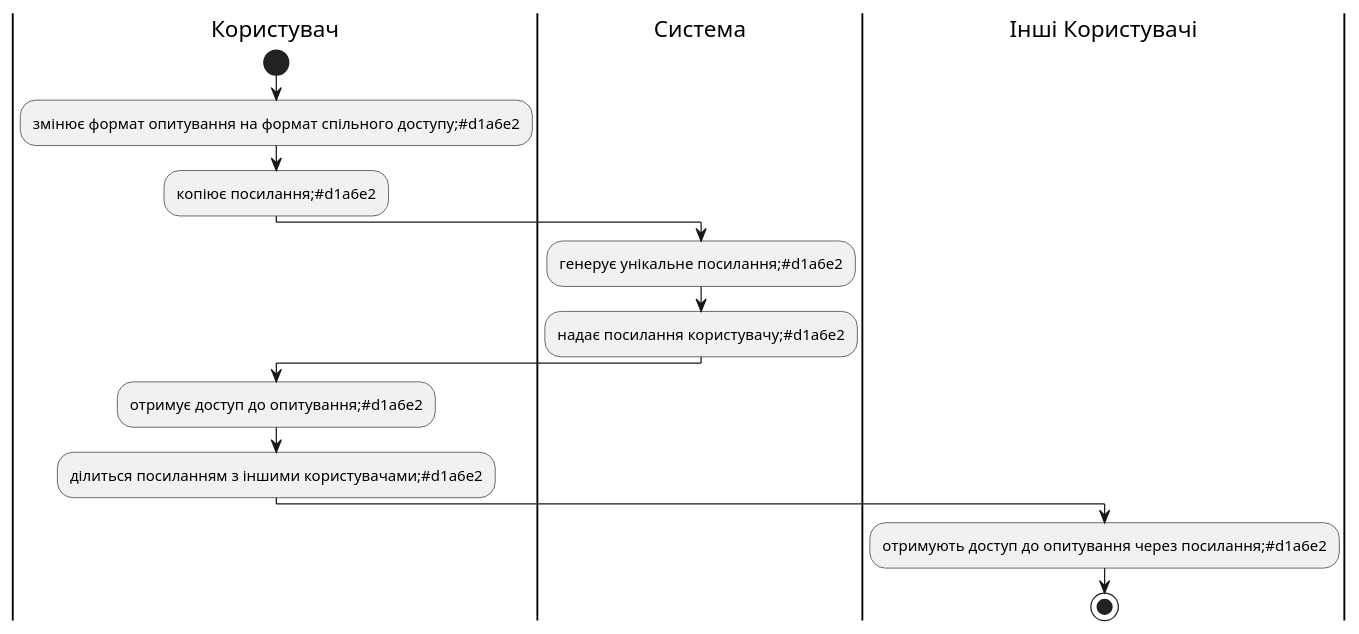
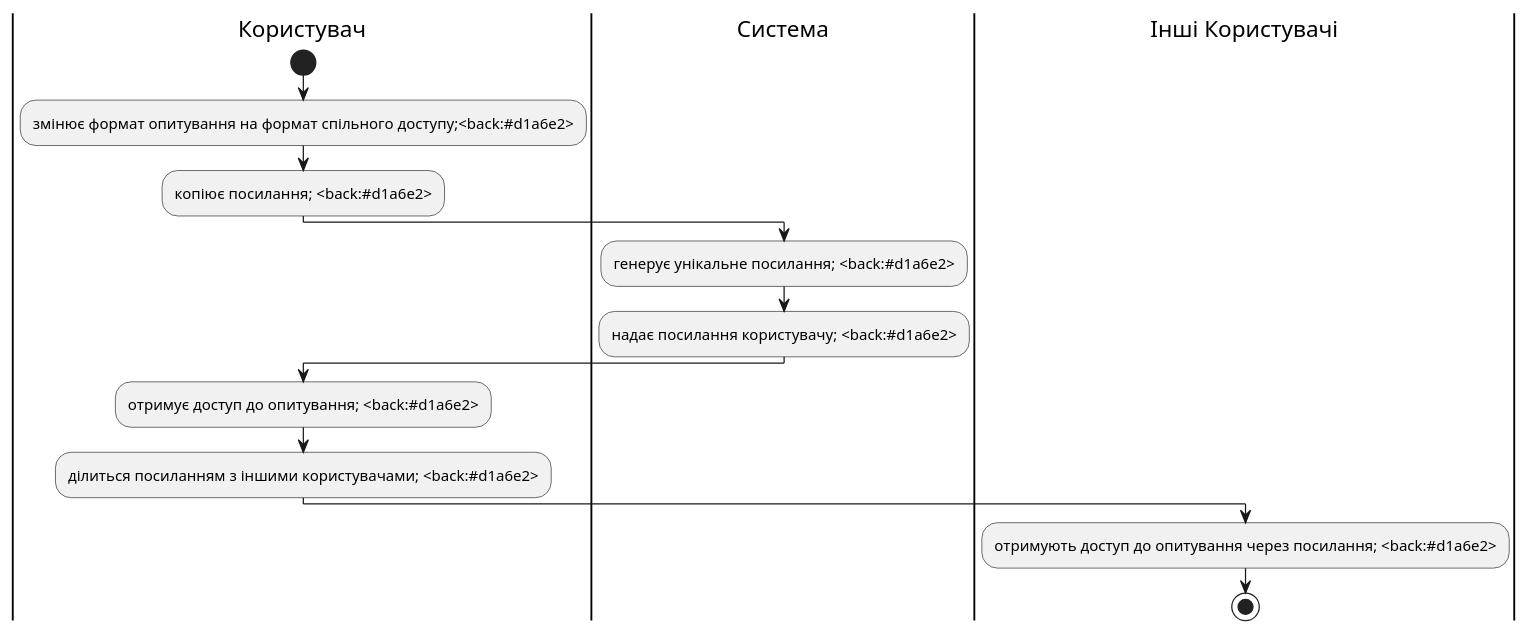
The second of 3 diagrams in docs/use cases/README.md (sunnytea0/db_labs_my), drawn with PlantUML before and after one commit. The commit also changed other lines of this file, not shown here.

```diff
--- a/docs/use cases/README.md
+++ b/docs/use cases/README.md
@@ -172,21 +172,20 @@
 @startuml
 
     |Користувач|
     start;
-    :змінює формат опитування на формат спільного доступу;#d1a6e2;
-    :копіює посилання;#d1a6e2;
+    :змінює формат опитування на формат спільного доступу;<back:#d1a6e2>;
+    :копіює посилання; <back:#d1a6e2>;
 
     |Система|
-    :генерує унікальне посилання;#d1a6e2;
-    :надає посилання користувачу;#d1a6e2;
-
+    :генерує унікальне посилання; <back:#d1a6e2>;
+    :надає посилання користувачу; <back:#d1a6e2>;
     |Користувач|
-    :отримує доступ до опитування;#d1a6e2;
-    :ділиться посиланням з іншими користувачами;#d1a6e2;
+    :отримує доступ до опитування; <back:#d1a6e2>;
+    :ділиться посиланням з іншими користувачами; <back:#d1a6e2>;
 
     |Інші Користувачі|
-    :отримують доступ до опитування через посилання;#d1a6e2;
+    :отримують доступ до опитування через посилання; <back:#d1a6e2>;
     
     stop;
 
 @enduml
```
